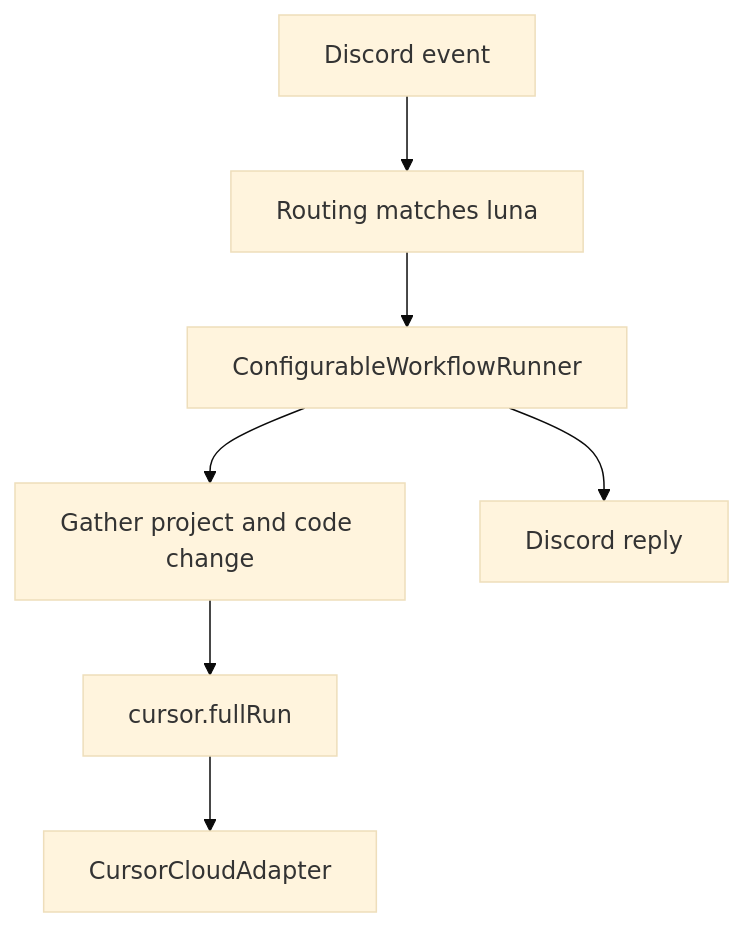
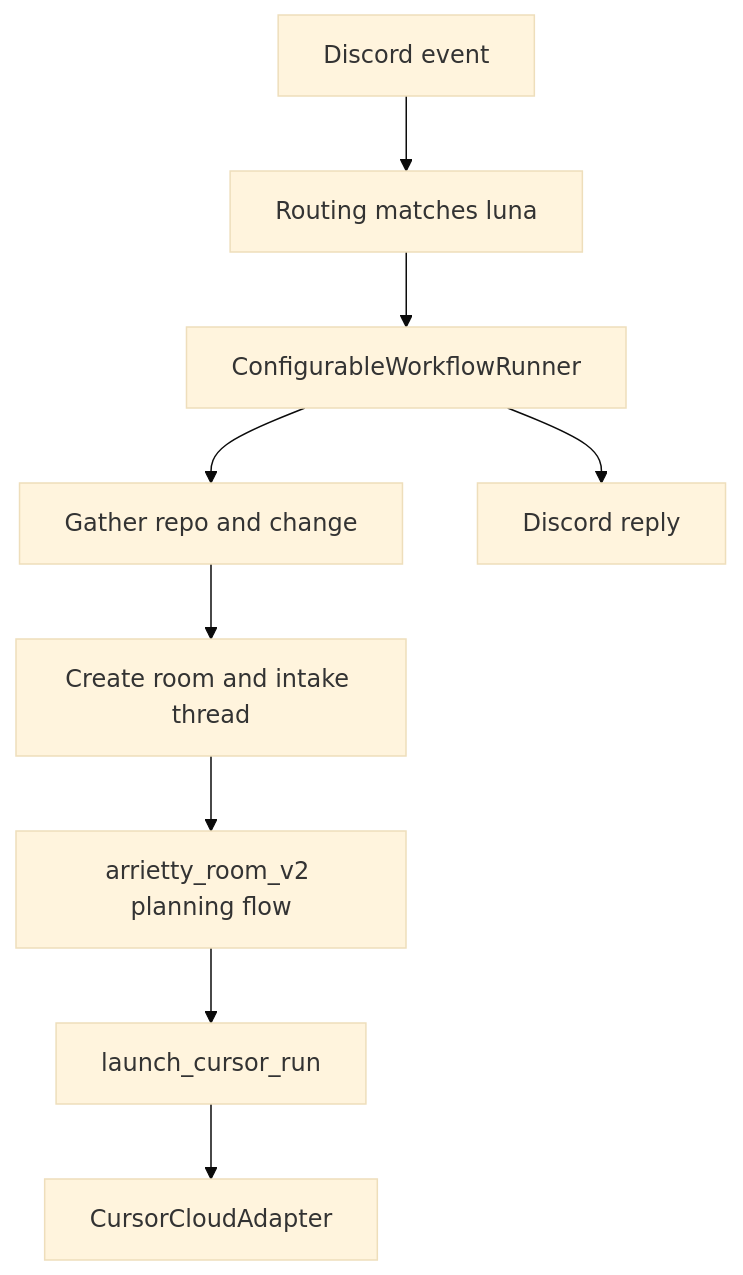
Before and after one commit to perfectedge13/Vinekeepers: the diagram in mkdoc/features/domain/workflow/cursor-gathering/diagrams.md, drawn with Mermaid (base theme). The commit also changed 19 other files, not shown here.

First line of the commit message:
Tighten planning intake routing and packet gates

````diff
--- a/mkdoc/features/domain/workflow/cursor-gathering/diagrams.md
+++ b/mkdoc/features/domain/workflow/cursor-gathering/diagrams.md
@@ -9,9 +9,11 @@
 ```mermaid
 flowchart TB
   Discord[Discord event] --> Routing[Routing matches luna]
   Routing --> Runner[ConfigurableWorkflowRunner]
-  Runner --> Gather[Gather project and code change]
-  Gather --> Tool[cursor.fullRun]
-  Tool --> Adapter[CursorCloudAdapter]
+  Runner --> Gather[Gather repo and change]
+  Gather --> Provision[Create room and intake thread]
+  Provision --> Arrietty[arrietty_room_v2 planning flow]
+  Arrietty --> Launch[launch_cursor_run]
+  Launch --> Adapter[CursorCloudAdapter]
   Runner --> Reply[Discord reply]
 ```
````
